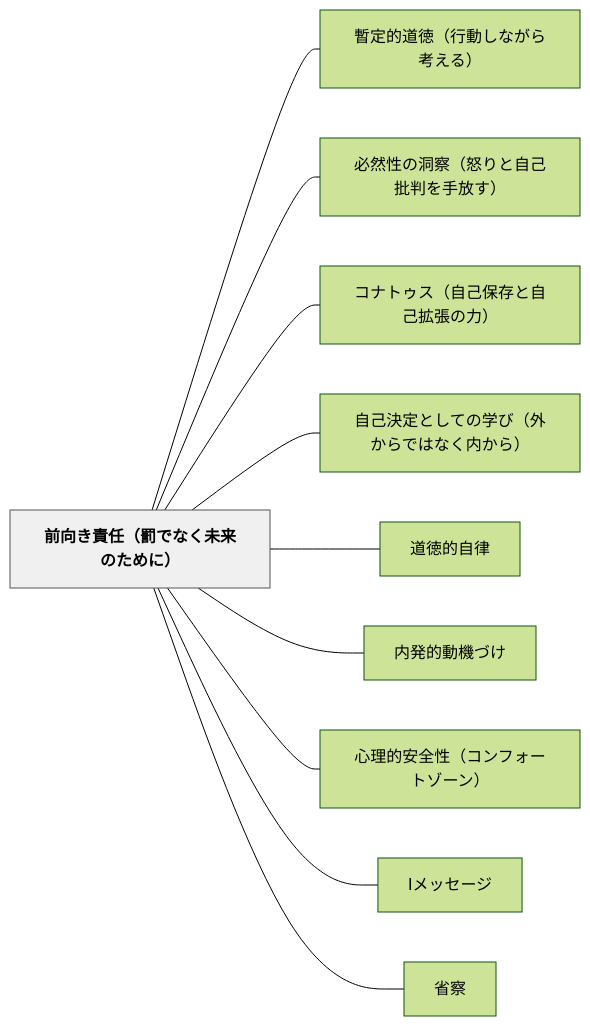
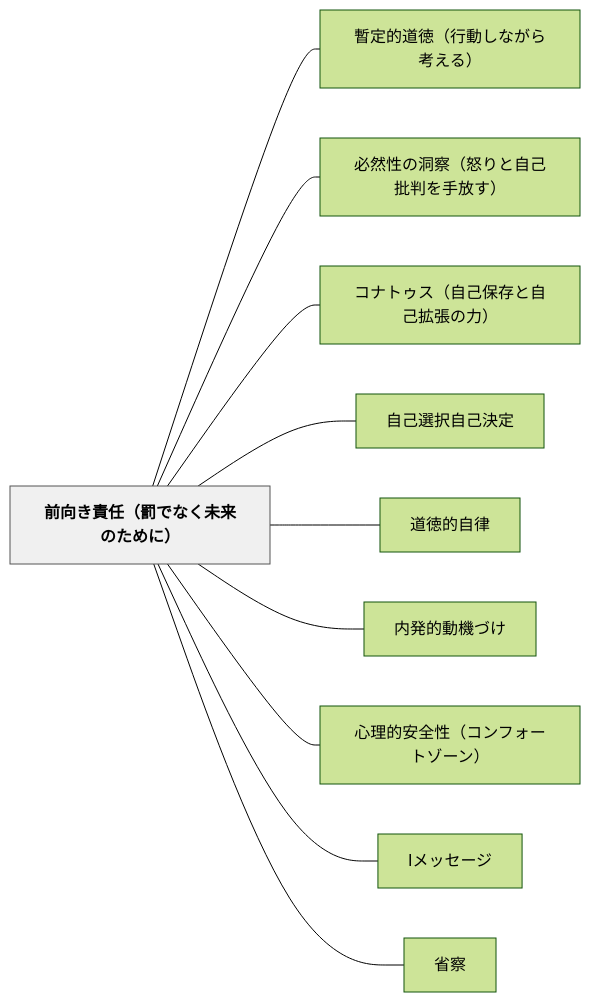
The diagram in content/パタン/前向き責任（罰でなく未来のために）.md (unknownthings-ed-patterns/unknownthings-ed-patterns), drawn with Mermaid (forest theme) before and after one commit. The commit also changed other lines of this file and 1 other file, not shown here.

Commit message:
auto: Obsidianから同期 2026-06-13 16:29

````diff
--- a/content/パタン/前向き責任（罰でなく未来のために）.md
+++ b/content/パタン/前向き責任（罰でなく未来のために）.md
@@ -145,26 +145,26 @@
 ```mermaid
 flowchart LR
     ne5898de59091e3818de8b2ace4bbbbefbc88e7bdb0e381a7e381aae3818fe69caae69da5e381aee3819fe38281e381abefbc89["前向き責任（罰でなく未来のために）"]
     ne69aabe5ae9ae79a84e98193e5beb3efbc88e8a18ce58b95e38197e381aae3818ce38289e88083e38188e3828befbc89["暫定的道徳（行動しながら考える）"]
     ne5bf85e784b6e680a7e381aee6b49ee5af9fefbc88e68092e3828ae381a8e887aae5b7b1e689b9e588a4e38292e6898be694bee38199efbc89["必然性の洞察（怒りと自己批判を手放す）"]
     ne382b3e3838ae38388e382a5e382b9efbc88e887aae5b7b1e4bf9de5ad98e381a8e887aae5b7b1e68ba1e5bcb5e381aee58a9befbc89["コナトゥス（自己保存と自己拡張の力）"]
-    ne887aae5b7b1e6b1bae5ae9ae381a8e38197e381a6e381aee5ada6e381b3efbc88e5a496e3818be38289e381a7e381afe381aae3818fe58685e3818be38289efbc89["自己決定としての学び（外からではなく内から）"]
+    ne887aae5b7b1e981b8e68a9ee887aae5b7b1e6b1bae5ae9a["自己選択自己決定"]
     ne98193e5beb3e79a84e887aae5be8b["道徳的自律"]
     ne58685e799bae79a84e58b95e6a99fe381a5e38191["内発的動機づけ"]
     ne5bf83e79086e79a84e5ae89e585a8e680a7efbc88e382b3e383b3e38395e382a9e383bce38388e382bee383bce383b3efbc89["心理的安全性（コンフォートゾーン）"]
     n49e383a1e38383e382bbe383bce382b8["Iメッセージ"]
     ne79c81e5af9f["省察"]
 
     ne5898de59091e3818de8b2ace4bbbbefbc88e7bdb0e381a7e381aae3818fe69caae69da5e381aee3819fe38281e381abefbc89 --- ne69aabe5ae9ae79a84e98193e5beb3efbc88e8a18ce58b95e38197e381aae3818ce38289e88083e38188e3828befbc89
     ne5898de59091e3818de8b2ace4bbbbefbc88e7bdb0e381a7e381aae3818fe69caae69da5e381aee3819fe38281e381abefbc89 --- ne5bf85e784b6e680a7e381aee6b49ee5af9fefbc88e68092e3828ae381a8e887aae5b7b1e689b9e588a4e38292e6898be694bee38199efbc89
     ne5898de59091e3818de8b2ace4bbbbefbc88e7bdb0e381a7e381aae3818fe69caae69da5e381aee3819fe38281e381abefbc89 --- ne382b3e3838ae38388e382a5e382b9efbc88e887aae5b7b1e4bf9de5ad98e381a8e887aae5b7b1e68ba1e5bcb5e381aee58a9befbc89
-    ne5898de59091e3818de8b2ace4bbbbefbc88e7bdb0e381a7e381aae3818fe69caae69da5e381aee3819fe38281e381abefbc89 --- ne887aae5b7b1e6b1bae5ae9ae381a8e38197e381a6e381aee5ada6e381b3efbc88e5a496e3818be38289e381a7e381afe381aae3818fe58685e3818be38289efbc89
+    ne5898de59091e3818de8b2ace4bbbbefbc88e7bdb0e381a7e381aae3818fe69caae69da5e381aee3819fe38281e381abefbc89 --- ne887aae5b7b1e981b8e68a9ee887aae5b7b1e6b1bae5ae9a
     ne5898de59091e3818de8b2ace4bbbbefbc88e7bdb0e381a7e381aae3818fe69caae69da5e381aee3819fe38281e381abefbc89 --- ne98193e5beb3e79a84e887aae5be8b
     ne5898de59091e3818de8b2ace4bbbbefbc88e7bdb0e381a7e381aae3818fe69caae69da5e381aee3819fe38281e381abefbc89 --- ne58685e799bae79a84e58b95e6a99fe381a5e38191
     ne5898de59091e3818de8b2ace4bbbbefbc88e7bdb0e381a7e381aae3818fe69caae69da5e381aee3819fe38281e381abefbc89 --- ne5bf83e79086e79a84e5ae89e585a8e680a7efbc88e382b3e383b3e38395e382a9e383bce38388e382bee383bce383b3efbc89
     ne5898de59091e3818de8b2ace4bbbbefbc88e7bdb0e381a7e381aae3818fe69caae69da5e381aee3819fe38281e381abefbc89 --- n49e383a1e38383e382bbe383bce382b8
     ne5898de59091e3818de8b2ace4bbbbefbc88e7bdb0e381a7e381aae3818fe69caae69da5e381aee3819fe38281e381abefbc89 --- ne79c81e5af9f
 
     classDef hub fill:#f0f0f0,stroke:#555,color:#000,font-weight:bold
     class ne5898de59091e3818de8b2ace4bbbbefbc88e7bdb0e381a7e381aae3818fe69caae69da5e381aee3819fe38281e381abefbc89 hub
 ```
````
